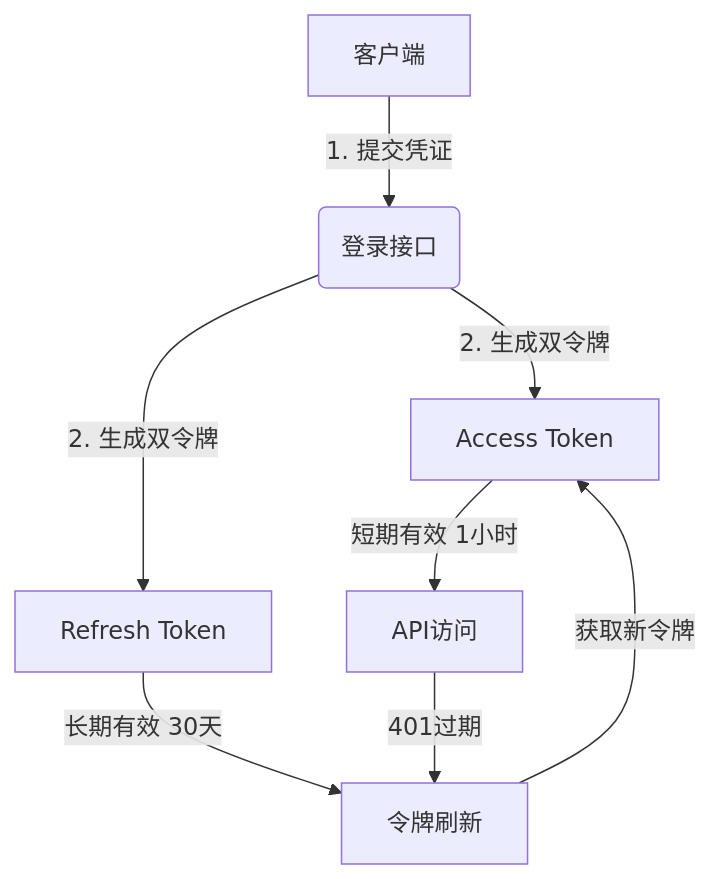
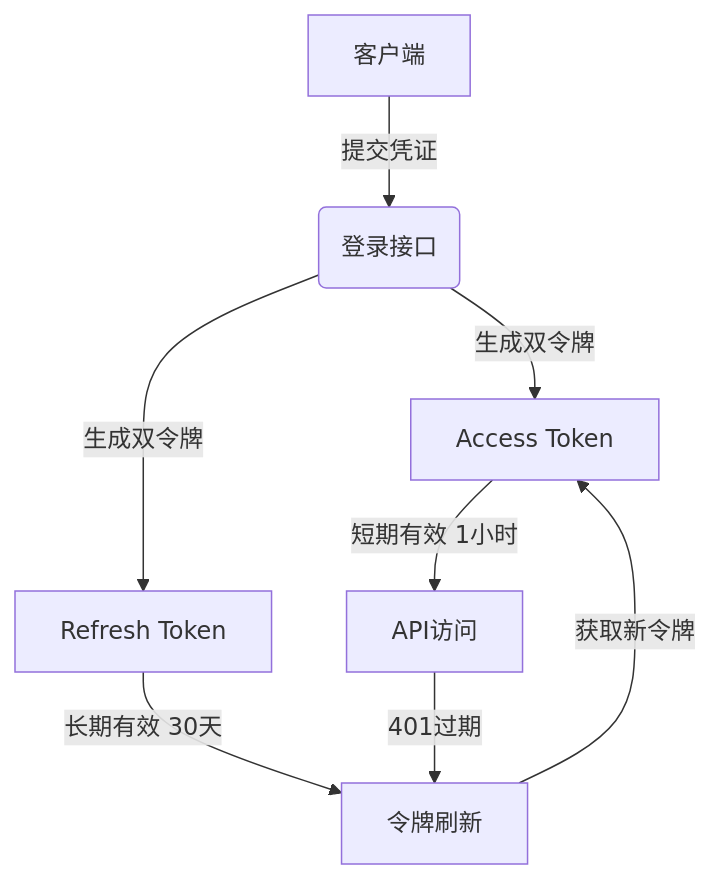
The second of 3 diagrams in README.md (LBBZ/hotShop), drawn with Mermaid before and after one commit.

````diff
--- a/README.md
+++ b/README.md
@@ -29,10 +29,10 @@
 ```mermaid
 graph TD
-A[客户端] -->|1. 提交凭证| B(登录接口)
-B -->|2. 生成双令牌| C[Access Token]
-B -->|2. 生成双令牌| D[Refresh Token]
+A[客户端] -->|提交凭证| B(登录接口)
+B -->|生成双令牌| C[Access Token]
+B -->|生成双令牌| D[Refresh Token]
 C -->|短期有效 1小时| E[API访问]
 D -->|长期有效 30天| F[令牌刷新]
 E -->|401过期| F
 F -->|获取新令牌| C
 ```
````
